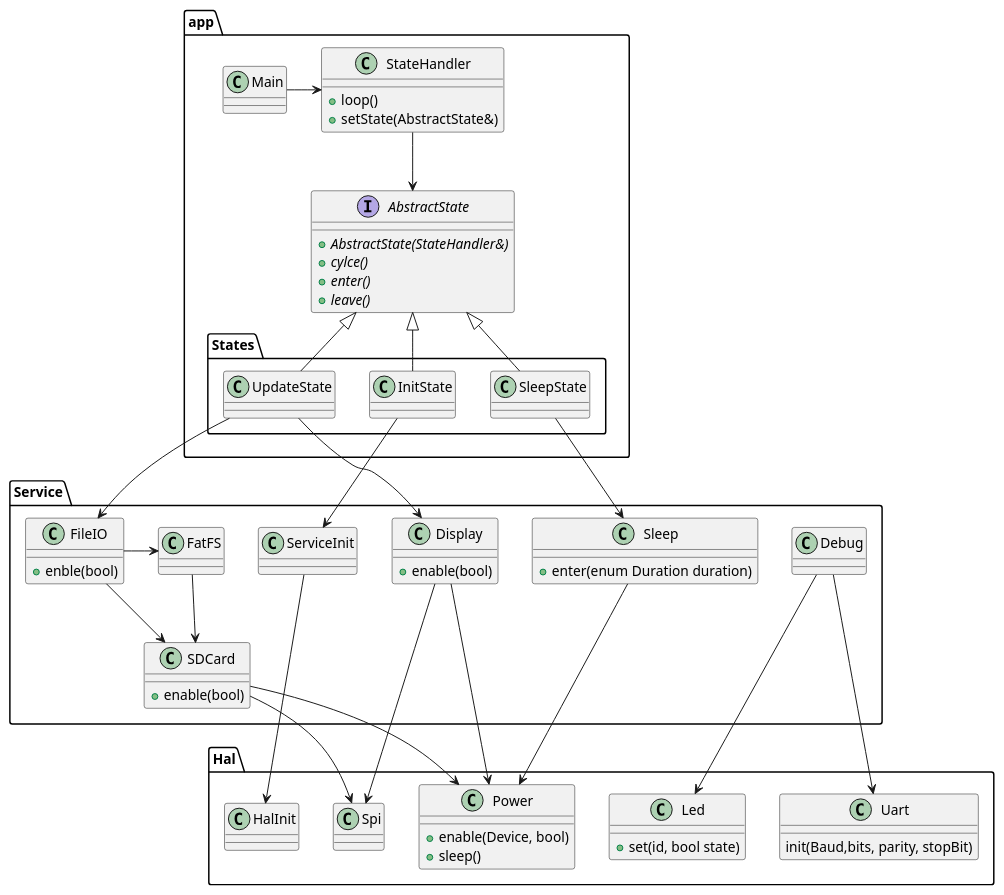
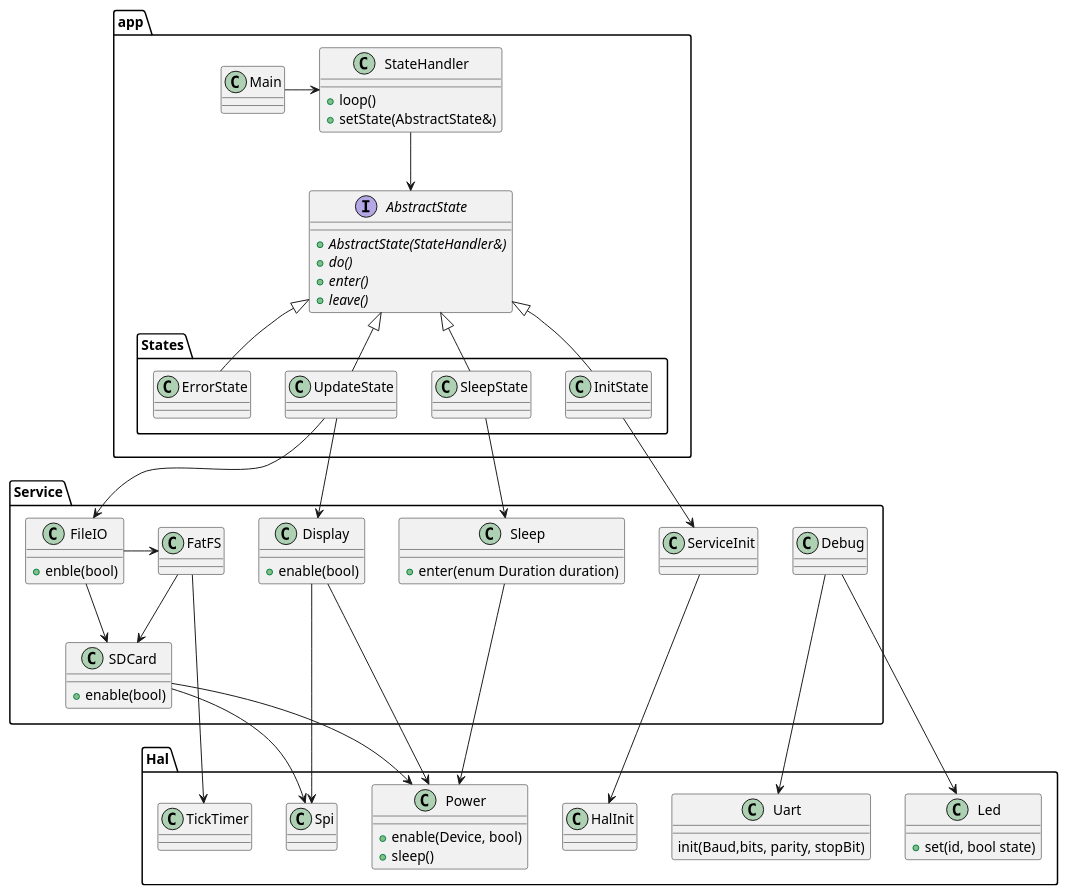
Before and after one commit to nhjschulz/EInkPicFrame: the diagram in design/plantuml/ClassDiagram.plantuml, drawn with PlantUML. The commit also changed 3 other files, not shown here.

Commit message:
Doc: Added state maschine to architecture

```diff
--- a/design/plantuml/ClassDiagram.plantuml
+++ b/design/plantuml/ClassDiagram.plantuml
@@ -1,87 +1,94 @@
 @startuml
 
 package app {
     class Main
     class StateHandler {
         +loop()
         +setState(AbstractState&)
     }
     interface AbstractState {
         {abstract}+AbstractState(StateHandler&)
-        {abstract} +cylce()
+        {abstract} +do()
         {abstract} +enter()
         {abstract} +leave()
     }
     package States {
         class SleepState
         class UpdateState
         class InitState
+        class ErrorState
 
         UpdateState -u-|> AbstractState
         SleepState -u-|> AbstractState
         InitState -u-|> AbstractState
+        ErrorState -u-|> AbstractState
+
     }
 
     Main -> StateHandler
     StateHandler --> AbstractState
 }
 
 package Service {
     class FileIO {
         +enble(bool)
     }
     class FatFS
     class ServiceInit {
       
     }
     class Display {
         +enable(bool)
     }
     class SDCard {
         +enable(bool)
     }
     class Debug
     class Sleep {
         +enter(enum Duration duration)
     }
 
 }
 
 package Hal {
 
     class Spi 
     class Uart {
         init(Baud,bits, parity, stopBit)
 
     }
     
     class HalInit
     class Power {
         +enable(Device, bool)
         +sleep()
     }
     class Led {
         +set(id, bool state)
     }
 
+    class TickTimer {
+
+    }
+
 
 }
 
 InitState --> ServiceInit
 ServiceInit --> HalInit
 UpdateState --> FileIO
 UpdateState --> Display
 SleepState --> Sleep
 FileIO ->FatFS
 FatFS --> SDCard
 FileIO --> SDCard
 
 Debug --> Uart
 Debug --> Led
 SDCard --> Spi
 Display --> Spi
 SDCard --> Power
 Display --> Power
 Sleep --> Power
-
+FatFS --> TickTimer
 @enduml
```
